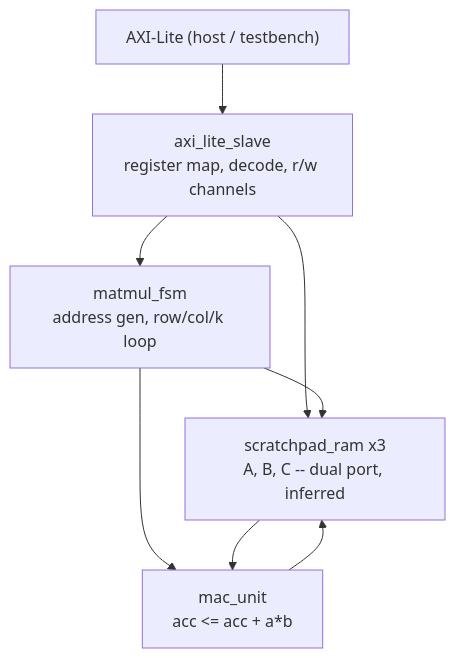
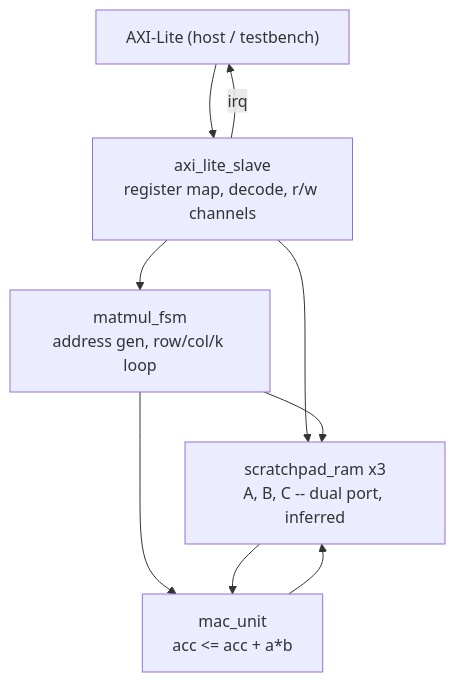
One commit to AlanGabriel-CS/matmul_accelerator_project changed the diagram in README.md. Above: the diagram before and after it, drawn with Mermaid. The commit also changed other lines of this file and 3 other files, not shown here.

````diff
--- a/README.md
+++ b/README.md
@@ -36,10 +36,11 @@
 ```mermaid
 flowchart TB
     AXI["AXI-Lite (host / testbench)"] --> SLAVE["axi_lite_slave<br/>register map, decode, r/w channels"]
+    SLAVE -->|irq| AXI
     SLAVE --> FSM["matmul_fsm<br/>address gen, row/col/k loop"]
     SLAVE --> RAM["scratchpad_ram x3<br/>A, B, C -- dual port, inferred"]
     FSM --> RAM
     FSM --> MAC["mac_unit<br/>acc <= acc + a*b"]
     RAM --> MAC
     MAC --> RAM
 ```
````
